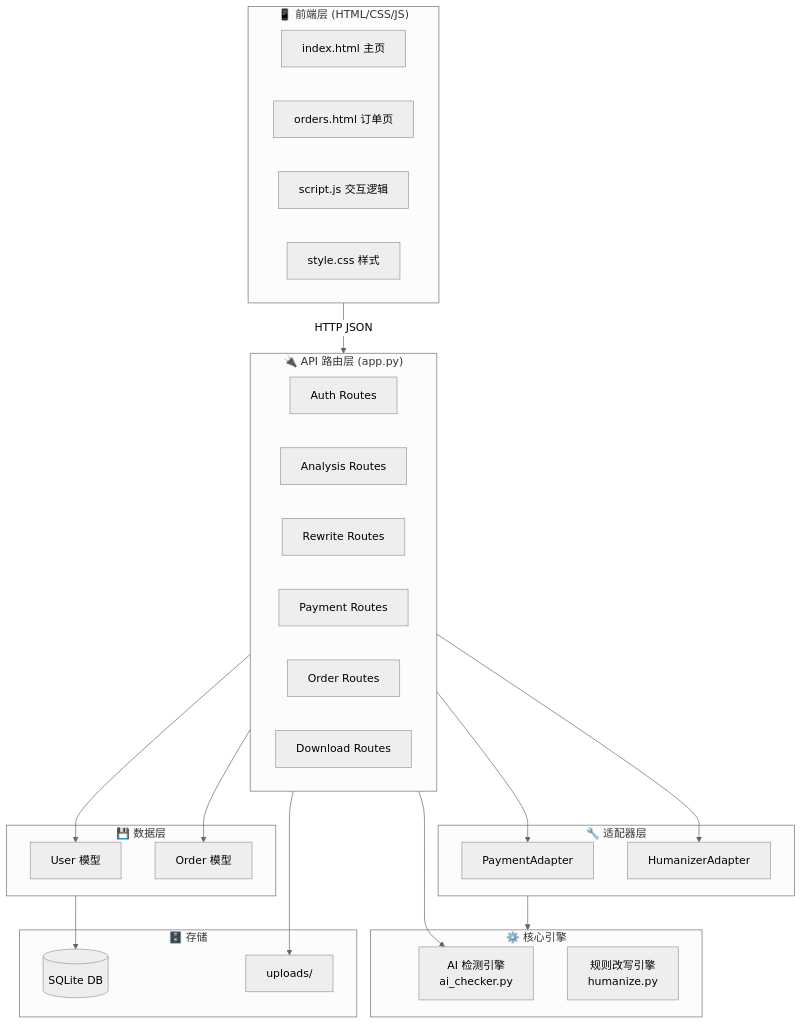
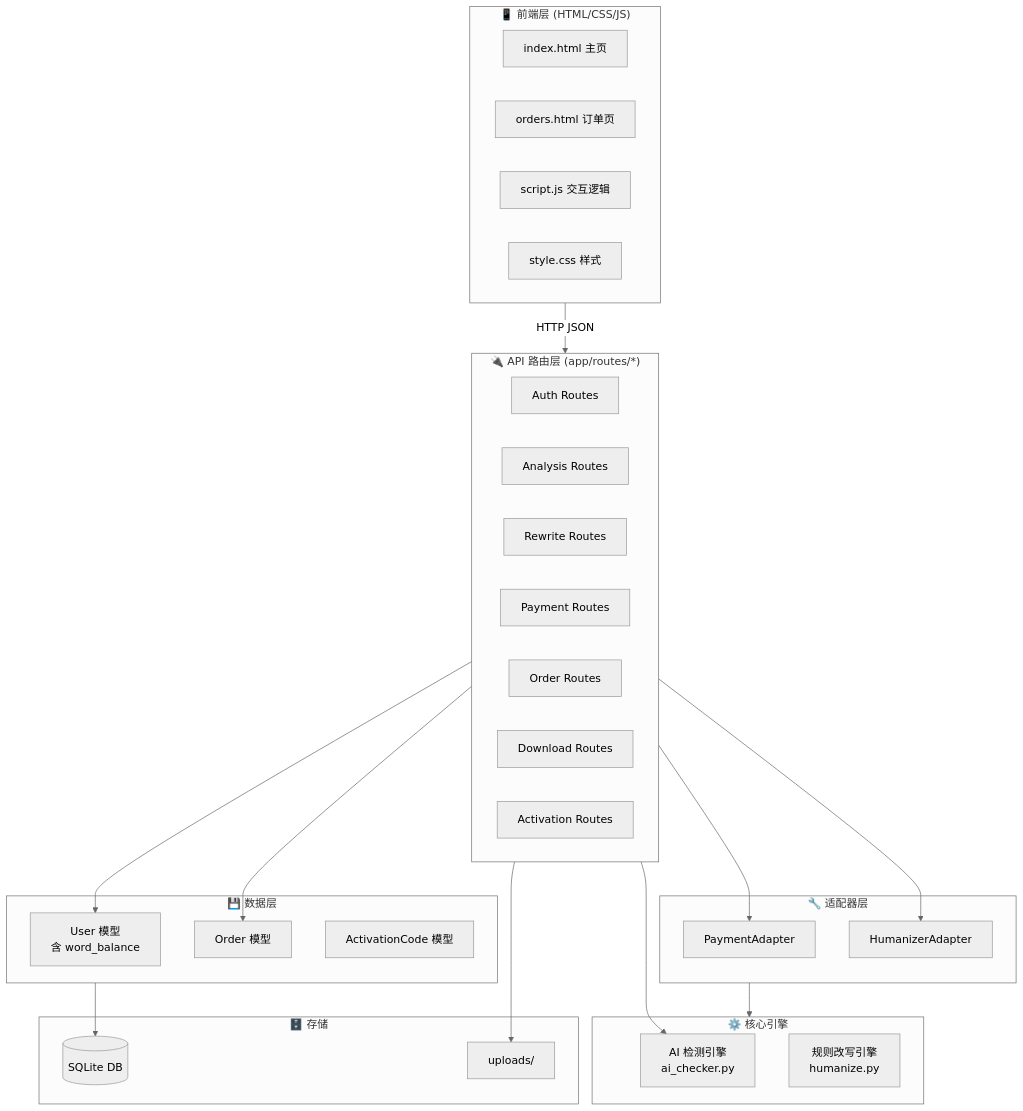
One commit to ipengai/aigc-humanizer-en changed the second of 17 diagrams in docs/TECHNICAL_ARCHITECTURE.md. Above: the diagram before and after it, drawn with Mermaid (neutral theme). The commit also changed other lines of this file and 24 other files, not shown here.

````diff
--- a/docs/TECHNICAL_ARCHITECTURE.md
+++ b/docs/TECHNICAL_ARCHITECTURE.md
@@ -61,48 +63,50 @@
 ```mermaid
 flowchart TB
     subgraph Frontend["📱 前端层 (HTML/CSS/JS)"]
         A[index.html 主页]
         B[orders.html 订单页]
         C[script.js 交互逻辑]
         D[style.css 样式]
     end
 
-    subgraph API["🔌 API 路由层 (app.py)"]
+    subgraph API["🔌 API 路由层 (app/routes/*)"]
         E[Auth Routes]
         F[Analysis Routes]
         G[Rewrite Routes]
         H[Payment Routes]
         I[Order Routes]
         J[Download Routes]
+        X[Activation Routes]
     end
 
     subgraph Adapter["🔧 适配器层"]
         K[PaymentAdapter]
         L[HumanizerAdapter]
     end
 
     subgraph Core["⚙️ 核心引擎"]
         M[AI 检测引擎\nai_checker.py]
         N[规则改写引擎\nhumanize.py]
     end
 
     subgraph Data["💾 数据层"]
-        O[User 模型]
+        O[User 模型<br>含 word_balance]
         P[Order 模型]
+        Y[ActivationCode 模型]
     end
 
     subgraph Storage["🗄️ 存储"]
         Q[(SQLite DB)]
         R[uploads/]
     end
 
     Frontend -->|HTTP JSON| API
     API --> K
     API --> L
     API --> M
     API --> O
     API --> P
     Adapter --> Core
     Data --> Q
     API --> R
 ```
````
